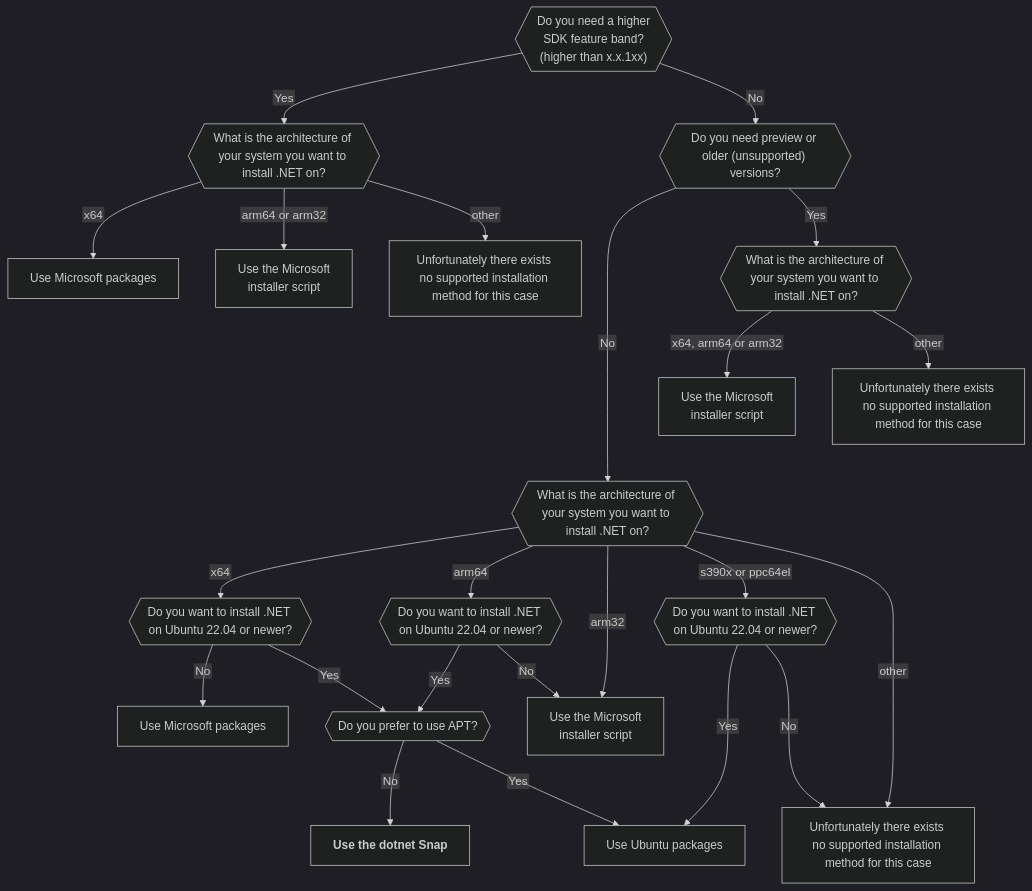
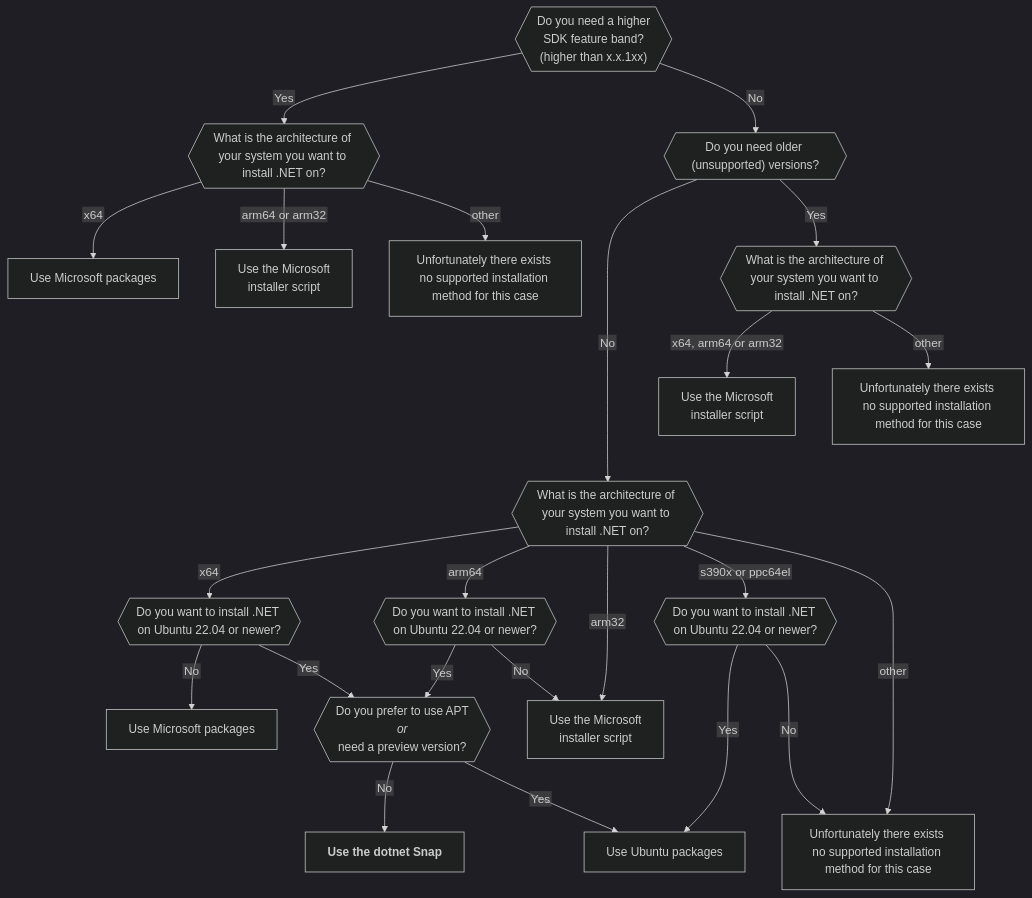
One commit to canonical/ubuntu-for-developers-docs changed the diagram in docs/howto/dotnet-setup.md. Above: the diagram before and after it, drawn with Mermaid (dark theme). The commit also changed other lines of this file and 3 other files, not shown here.

````diff
--- a/docs/howto/dotnet-setup.md
+++ b/docs/howto/dotnet-setup.md
@@ -26,55 +26,55 @@
 ```{mermaid}
 
 %%{init: {"flowchart": {"htmlLabels": false}} }%%
 flowchart TD
     NeedNewerFeatureBands{{"`Do you need a higher<br>SDK feature band?<br>(higher than x.x.1xx)`"}}
-    NeedPreviewsOrOlderVersions{{"`Do you need preview or older (unsupported) versions?`"}}
+    NeedOlderVersions{{"`Do you need older (unsupported) versions?`"}}
     WhichArch1{{"`What is the architecture of your system you want to install .NET on?`"}}
     WhichArch2{{"`What is the architecture of your system you want to install .NET on?`"}}
     WhichArch3{{"`What is the architecture of your system you want to install .NET on?`"}}
-    NeedAPT{{"`Do you prefer to use APT?`"}}
+    NeedAPTOrPreview{{"`Do you prefer to use APT<br>*or*<br>need a preview version?`"}}
     UsesAmd64JammyOrNewer{{"`Do you want to install .NET on Ubuntu 22.04 or newer?`"}}
     UsesArm64JammyOrNewer{{"`Do you want to install .NET on Ubuntu 22.04 or newer?`"}}
     UsesS390xOrPowerJammyOrNewer{{"`Do you want to install .NET on Ubuntu 22.04 or newer?`"}}
     
     UbuntuPackagesInstallation["`Use Ubuntu packages`"]
     SnapInstallation["`**Use the <c>dotnet</c> Snap**`"]
     MicrosoftPackagesInstallation1["`Use Microsoft packages`"]
     MicrosoftPackagesInstallation2["`Use Microsoft packages`"]
     MicrosoftScriptInstallation1["`Use the Microsoft<br>installer script`"]
     MicrosoftScriptInstallation2["`Use the Microsoft<br>installer script`"]
     MicrosoftScriptInstallation3["`Use the Microsoft<br>installer script`"]
     NoInstallation1["`Unfortunately there exists no supported installation method for this case`"]
     NoInstallation2["`Unfortunately there exists no supported installation method for this case`"]
     NoInstallation3["`Unfortunately there exists no supported installation method for this case`"]
 
     NeedNewerFeatureBands -- Yes --> WhichArch1
-    NeedNewerFeatureBands -- No --> NeedPreviewsOrOlderVersions
+    NeedNewerFeatureBands -- No --> NeedOlderVersions
     WhichArch1 -- x64 --> MicrosoftPackagesInstallation1
     WhichArch1 -- arm64 or arm32 --> MicrosoftScriptInstallation1
     WhichArch1 -- other --> NoInstallation1
 
-    NeedPreviewsOrOlderVersions -- No ----> WhichArch3
-    NeedPreviewsOrOlderVersions -- Yes --> WhichArch2
+    NeedOlderVersions -- No ----> WhichArch3
+    NeedOlderVersions -- Yes --> WhichArch2
     WhichArch2 -- x64, arm64 or arm32 --> MicrosoftScriptInstallation2
     WhichArch2 -- other --> NoInstallation2
     
 
     WhichArch3 -- x64 --> UsesAmd64JammyOrNewer
     WhichArch3 -- arm64 --> UsesArm64JammyOrNewer
     WhichArch3 -- arm32 --> MicrosoftScriptInstallation3
     WhichArch3 -- s390x or ppc64el --> UsesS390xOrPowerJammyOrNewer
     WhichArch3 -- other --> NoInstallation3
 
     UsesAmd64JammyOrNewer -- No --> MicrosoftPackagesInstallation2
-    UsesAmd64JammyOrNewer -- Yes --> NeedAPT
+    UsesAmd64JammyOrNewer -- Yes --> NeedAPTOrPreview
 
-    UsesArm64JammyOrNewer -- Yes --> NeedAPT
+    UsesArm64JammyOrNewer -- Yes --> NeedAPTOrPreview
     UsesArm64JammyOrNewer -- No --> MicrosoftScriptInstallation3
 
     UsesS390xOrPowerJammyOrNewer -- Yes --> UbuntuPackagesInstallation
     UsesS390xOrPowerJammyOrNewer -- No ---> NoInstallation3
 
-    NeedAPT -- No --> SnapInstallation
-    NeedAPT -- Yes --> UbuntuPackagesInstallation
+    NeedAPTOrPreview -- No --> SnapInstallation
+    NeedAPTOrPreview -- Yes --> UbuntuPackagesInstallation
 ```
````
